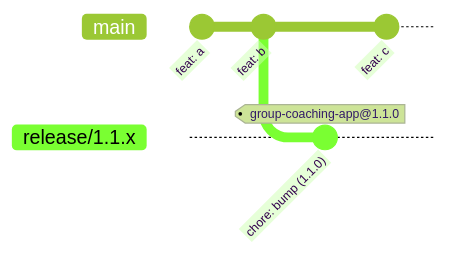
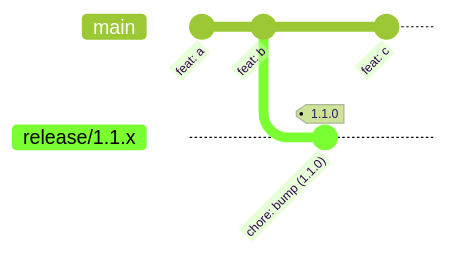
The first of 10 diagrams in README.md (appelsinvandi/boon-apps-release-flow-proposal), drawn with Mermaid (forest theme) before and after one commit. The commit also changed other lines of this file, not shown here.

Commit message:
feat: more flows and automation figs in readme

````diff
--- a/README.md
+++ b/README.md
@@ -22,13 +22,13 @@
 ```mermaid
 gitGraph
   checkout main
   commit id:"feat: a"
   commit id:"feat: b"
 
   checkout main
   branch release/1.1.x order: 0
-  commit id:"chore: bump (1.1.0)" tag:"group-coaching-app@1.1.0"
+  commit id:"chore: bump (1.1.0)" tag:"1.1.0"
 
   checkout main
   commit id:"feat: c"
 ```
````
